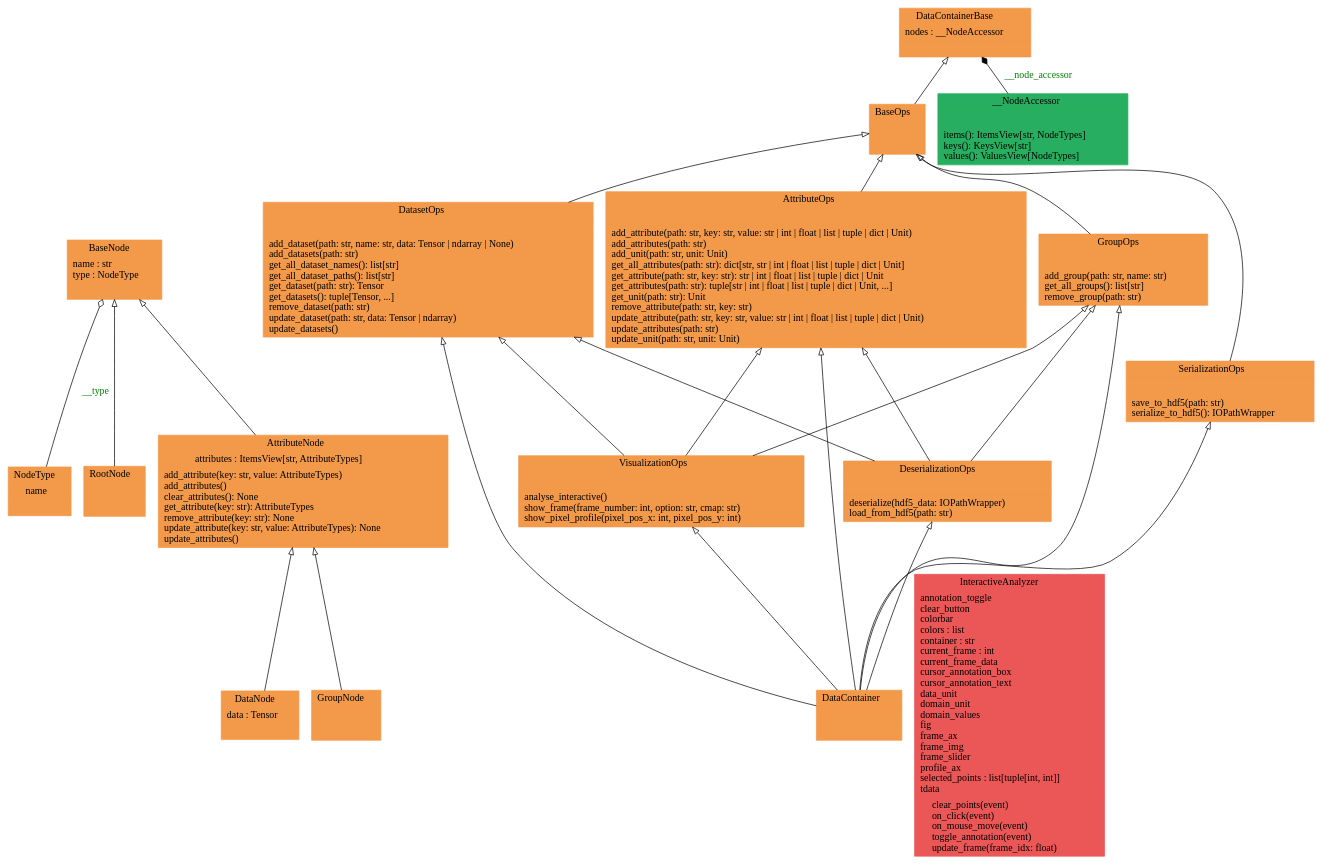
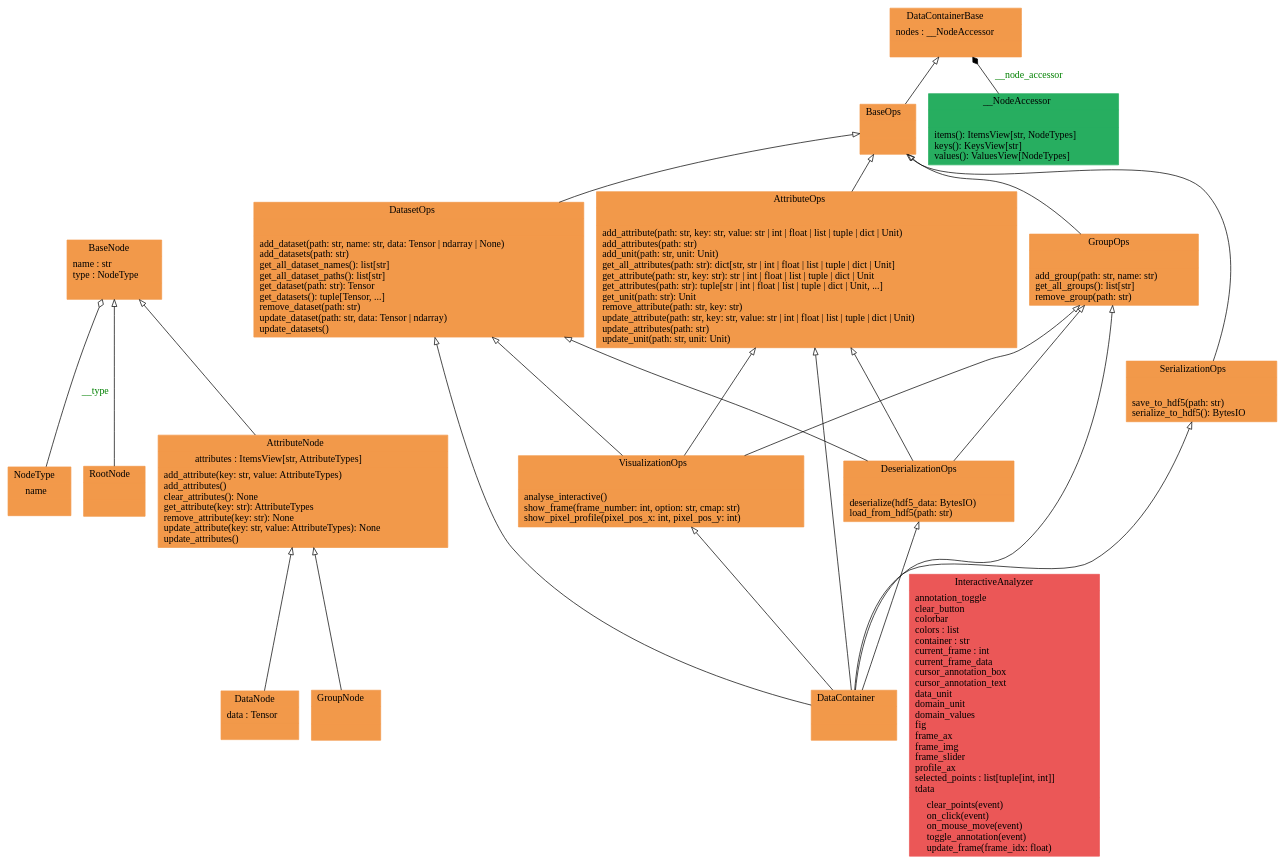
The diagram in docs/pyreverse/graphviz/classes_pythermondt.data.datacontainer.gv (voidsy-gmbh/pyThermoNDT), drawn with Graphviz before and after one commit. The commit also changed 31 other files, not shown here.

First line of the commit message:
Move IOPathWrapper to io module and eliminate circular dependency with DataContainer (#95)

```diff
--- a/docs/pyreverse/graphviz/classes_pythermondt.data.datacontainer.gv
+++ b/docs/pyreverse/graphviz/classes_pythermondt.data.datacontainer.gv
@@ -1,44 +1,44 @@
 digraph "classes_pythermondt.data.datacontainer" {
 rankdir=BT
 charset="utf-8"
 "pythermondt.data.datacontainer.node.AttributeNode" [color="#F2994A", fontcolor="black", label=<{AttributeNode|attributes : ItemsView[str, AttributeTypes]<br ALIGN="LEFT"/>|add_attribute(key: str, value: AttributeTypes)<br ALIGN="LEFT"/>add_attributes()<br ALIGN="LEFT"/>clear_attributes(): None<br ALIGN="LEFT"/>get_attribute(key: str): AttributeTypes<br ALIGN="LEFT"/>remove_attribute(key: str): None<br ALIGN="LEFT"/>update_attribute(key: str, value: AttributeTypes): None<br ALIGN="LEFT"/>update_attributes()<br ALIGN="LEFT"/>}>, shape="record", style="filled"];
 "pythermondt.data.datacontainer.attribute_ops.AttributeOps" [color="#F2994A", fontcolor="black", label=<{AttributeOps|<br ALIGN="LEFT"/>|add_attribute(path: str, key: str, value: str \| int \| float \| list \| tuple \| dict \| Unit)<br ALIGN="LEFT"/>add_attributes(path: str)<br ALIGN="LEFT"/>add_unit(path: str, unit: Unit)<br ALIGN="LEFT"/>get_all_attributes(path: str): dict[str, str \| int \| float \| list \| tuple \| dict \| Unit]<br ALIGN="LEFT"/>get_attribute(path: str, key: str): str \| int \| float \| list \| tuple \| dict \| Unit<br ALIGN="LEFT"/>get_attributes(path: str): tuple[str \| int \| float \| list \| tuple \| dict \| Unit, ...]<br ALIGN="LEFT"/>get_unit(path: str): Unit<br ALIGN="LEFT"/>remove_attribute(path: str, key: str)<br ALIGN="LEFT"/>update_attribute(path: str, key: str, value: str \| int \| float \| list \| tuple \| dict \| Unit)<br ALIGN="LEFT"/>update_attributes(path: str)<br ALIGN="LEFT"/>update_unit(path: str, unit: Unit)<br ALIGN="LEFT"/>}>, shape="record", style="filled"];
 "pythermondt.data.datacontainer.node.BaseNode" [color="#F2994A", fontcolor="black", label=<{BaseNode|name : str<br ALIGN="LEFT"/>type : NodeType<br ALIGN="LEFT"/>|}>, shape="record", style="filled"];
 "pythermondt.data.datacontainer.base.BaseOps" [color="#F2994A", fontcolor="black", label=<{BaseOps|<br ALIGN="LEFT"/>|}>, shape="record", style="filled"];
 "pythermondt.data.datacontainer.core.DataContainer" [color="#F2994A", fontcolor="black", label=<{DataContainer|<br ALIGN="LEFT"/>|}>, shape="record", style="filled"];
 "pythermondt.data.datacontainer.base.DataContainerBase" [color="#F2994A", fontcolor="black", label=<{DataContainerBase|nodes : __NodeAccessor<br ALIGN="LEFT"/>|}>, shape="record", style="filled"];
 "pythermondt.data.datacontainer.node.DataNode" [color="#F2994A", fontcolor="black", label=<{DataNode|data : Tensor<br ALIGN="LEFT"/>|}>, shape="record", style="filled"];
 "pythermondt.data.datacontainer.dataset_ops.DatasetOps" [color="#F2994A", fontcolor="black", label=<{DatasetOps|<br ALIGN="LEFT"/>|add_dataset(path: str, name: str, data: Tensor \| ndarray \| None)<br ALIGN="LEFT"/>add_datasets(path: str)<br ALIGN="LEFT"/>get_all_dataset_names(): list[str]<br ALIGN="LEFT"/>get_all_dataset_paths(): list[str]<br ALIGN="LEFT"/>get_dataset(path: str): Tensor<br ALIGN="LEFT"/>get_datasets(): tuple[Tensor, ...]<br ALIGN="LEFT"/>remove_dataset(path: str)<br ALIGN="LEFT"/>update_dataset(path: str, data: Tensor \| ndarray)<br ALIGN="LEFT"/>update_datasets()<br ALIGN="LEFT"/>}>, shape="record", style="filled"];
-"pythermondt.data.datacontainer.serialization_ops.DeserializationOps" [color="#F2994A", fontcolor="black", label=<{DeserializationOps|<br ALIGN="LEFT"/>|deserialize(hdf5_data: IOPathWrapper)<br ALIGN="LEFT"/>load_from_hdf5(path: str)<br ALIGN="LEFT"/>}>, shape="record", style="filled"];
+"pythermondt.data.datacontainer.serialization_ops.DeserializationOps" [color="#F2994A", fontcolor="black", label=<{DeserializationOps|<br ALIGN="LEFT"/>|deserialize(hdf5_data: BytesIO)<br ALIGN="LEFT"/>load_from_hdf5(path: str)<br ALIGN="LEFT"/>}>, shape="record", style="filled"];
 "pythermondt.data.datacontainer.node.GroupNode" [color="#F2994A", fontcolor="black", label=<{GroupNode|<br ALIGN="LEFT"/>|}>, shape="record", style="filled"];
 "pythermondt.data.datacontainer.group_ops.GroupOps" [color="#F2994A", fontcolor="black", label=<{GroupOps|<br ALIGN="LEFT"/>|add_group(path: str, name: str)<br ALIGN="LEFT"/>get_all_groups(): list[str]<br ALIGN="LEFT"/>remove_group(path: str)<br ALIGN="LEFT"/>}>, shape="record", style="filled"];
 "pythermondt.data.datacontainer.visualization_ops.VisualizationOps.InteractiveAnalyzer" [color="#EB5757", fontcolor="black", label=<{InteractiveAnalyzer|annotation_toggle<br ALIGN="LEFT"/>clear_button<br ALIGN="LEFT"/>colorbar<br ALIGN="LEFT"/>colors : list<br ALIGN="LEFT"/>container : str<br ALIGN="LEFT"/>current_frame : int<br ALIGN="LEFT"/>current_frame_data<br ALIGN="LEFT"/>cursor_annotation_box<br ALIGN="LEFT"/>cursor_annotation_text<br ALIGN="LEFT"/>data_unit<br ALIGN="LEFT"/>domain_unit<br ALIGN="LEFT"/>domain_values<br ALIGN="LEFT"/>fig<br ALIGN="LEFT"/>frame_ax<br ALIGN="LEFT"/>frame_img<br ALIGN="LEFT"/>frame_slider<br ALIGN="LEFT"/>profile_ax<br ALIGN="LEFT"/>selected_points : list[tuple[int, int]]<br ALIGN="LEFT"/>tdata<br ALIGN="LEFT"/>|clear_points(event)<br ALIGN="LEFT"/>on_click(event)<br ALIGN="LEFT"/>on_mouse_move(event)<br ALIGN="LEFT"/>toggle_annotation(event)<br ALIGN="LEFT"/>update_frame(frame_idx: float)<br ALIGN="LEFT"/>}>, shape="record", style="filled"];
 "pythermondt.data.datacontainer.node.NodeType" [color="#F2994A", fontcolor="black", label=<{NodeType|name<br ALIGN="LEFT"/>|}>, shape="record", style="filled"];
 "pythermondt.data.datacontainer.node.RootNode" [color="#F2994A", fontcolor="black", label=<{RootNode|<br ALIGN="LEFT"/>|}>, shape="record", style="filled"];
-"pythermondt.data.datacontainer.serialization_ops.SerializationOps" [color="#F2994A", fontcolor="black", label=<{SerializationOps|<br ALIGN="LEFT"/>|save_to_hdf5(path: str)<br ALIGN="LEFT"/>serialize_to_hdf5(): IOPathWrapper<br ALIGN="LEFT"/>}>, shape="record", style="filled"];
+"pythermondt.data.datacontainer.serialization_ops.SerializationOps" [color="#F2994A", fontcolor="black", label=<{SerializationOps|<br ALIGN="LEFT"/>|save_to_hdf5(path: str)<br ALIGN="LEFT"/>serialize_to_hdf5(): BytesIO<br ALIGN="LEFT"/>}>, shape="record", style="filled"];
 "pythermondt.data.datacontainer.visualization_ops.VisualizationOps" [color="#F2994A", fontcolor="black", label=<{VisualizationOps|<br ALIGN="LEFT"/>|analyse_interactive()<br ALIGN="LEFT"/>show_frame(frame_number: int, option: str, cmap: str)<br ALIGN="LEFT"/>show_pixel_profile(pixel_pos_x: int, pixel_pos_y: int)<br ALIGN="LEFT"/>}>, shape="record", style="filled"];
 "pythermondt.data.datacontainer.base.DataContainerBase.__NodeAccessor" [color="#27AE60", fontcolor="black", label=<{__NodeAccessor|<br ALIGN="LEFT"/>|items(): ItemsView[str, NodeTypes]<br ALIGN="LEFT"/>keys(): KeysView[str]<br ALIGN="LEFT"/>values(): ValuesView[NodeTypes]<br ALIGN="LEFT"/>}>, shape="record", style="filled"];
 "pythermondt.data.datacontainer.attribute_ops.AttributeOps" -> "pythermondt.data.datacontainer.base.BaseOps" [arrowhead="empty", arrowtail="none"];
 "pythermondt.data.datacontainer.base.BaseOps" -> "pythermondt.data.datacontainer.base.DataContainerBase" [arrowhead="empty", arrowtail="none"];
 "pythermondt.data.datacontainer.core.DataContainer" -> "pythermondt.data.datacontainer.attribute_ops.AttributeOps" [arrowhead="empty", arrowtail="none"];
 "pythermondt.data.datacontainer.core.DataContainer" -> "pythermondt.data.datacontainer.dataset_ops.DatasetOps" [arrowhead="empty", arrowtail="none"];
 "pythermondt.data.datacontainer.core.DataContainer" -> "pythermondt.data.datacontainer.group_ops.GroupOps" [arrowhead="empty", arrowtail="none"];
 "pythermondt.data.datacontainer.core.DataContainer" -> "pythermondt.data.datacontainer.serialization_ops.DeserializationOps" [arrowhead="empty", arrowtail="none"];
 "pythermondt.data.datacontainer.core.DataContainer" -> "pythermondt.data.datacontainer.serialization_ops.SerializationOps" [arrowhead="empty", arrowtail="none"];
 "pythermondt.data.datacontainer.core.DataContainer" -> "pythermondt.data.datacontainer.visualization_ops.VisualizationOps" [arrowhead="empty", arrowtail="none"];
 "pythermondt.data.datacontainer.dataset_ops.DatasetOps" -> "pythermondt.data.datacontainer.base.BaseOps" [arrowhead="empty", arrowtail="none"];
 "pythermondt.data.datacontainer.group_ops.GroupOps" -> "pythermondt.data.datacontainer.base.BaseOps" [arrowhead="empty", arrowtail="none"];
 "pythermondt.data.datacontainer.node.AttributeNode" -> "pythermondt.data.datacontainer.node.BaseNode" [arrowhead="empty", arrowtail="none"];
 "pythermondt.data.datacontainer.node.DataNode" -> "pythermondt.data.datacontainer.node.AttributeNode" [arrowhead="empty", arrowtail="none"];
 "pythermondt.data.datacontainer.node.GroupNode" -> "pythermondt.data.datacontainer.node.AttributeNode" [arrowhead="empty", arrowtail="none"];
 "pythermondt.data.datacontainer.node.RootNode" -> "pythermondt.data.datacontainer.node.BaseNode" [arrowhead="empty", arrowtail="none"];
 "pythermondt.data.datacontainer.serialization_ops.DeserializationOps" -> "pythermondt.data.datacontainer.attribute_ops.AttributeOps" [arrowhead="empty", arrowtail="none"];
 "pythermondt.data.datacontainer.serialization_ops.DeserializationOps" -> "pythermondt.data.datacontainer.dataset_ops.DatasetOps" [arrowhead="empty", arrowtail="none"];
 "pythermondt.data.datacontainer.serialization_ops.DeserializationOps" -> "pythermondt.data.datacontainer.group_ops.GroupOps" [arrowhead="empty", arrowtail="none"];
 "pythermondt.data.datacontainer.serialization_ops.SerializationOps" -> "pythermondt.data.datacontainer.base.BaseOps" [arrowhead="empty", arrowtail="none"];
 "pythermondt.data.datacontainer.visualization_ops.VisualizationOps" -> "pythermondt.data.datacontainer.attribute_ops.AttributeOps" [arrowhead="empty", arrowtail="none"];
 "pythermondt.data.datacontainer.visualization_ops.VisualizationOps" -> "pythermondt.data.datacontainer.dataset_ops.DatasetOps" [arrowhead="empty", arrowtail="none"];
 "pythermondt.data.datacontainer.visualization_ops.VisualizationOps" -> "pythermondt.data.datacontainer.group_ops.GroupOps" [arrowhead="empty", arrowtail="none"];
 "pythermondt.data.datacontainer.base.DataContainerBase.__NodeAccessor" -> "pythermondt.data.datacontainer.base.DataContainerBase" [arrowhead="diamond", arrowtail="none", fontcolor="green", label="__node_accessor", style="solid"];
 "pythermondt.data.datacontainer.node.NodeType" -> "pythermondt.data.datacontainer.node.BaseNode" [arrowhead="odiamond", arrowtail="none", fontcolor="green", label="__type", style="solid"];
 }
```
